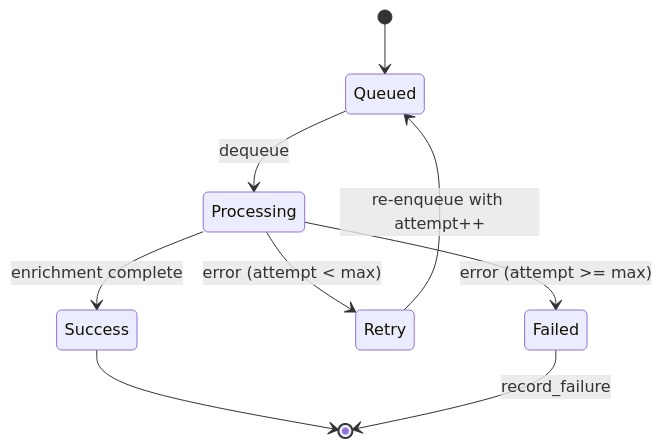
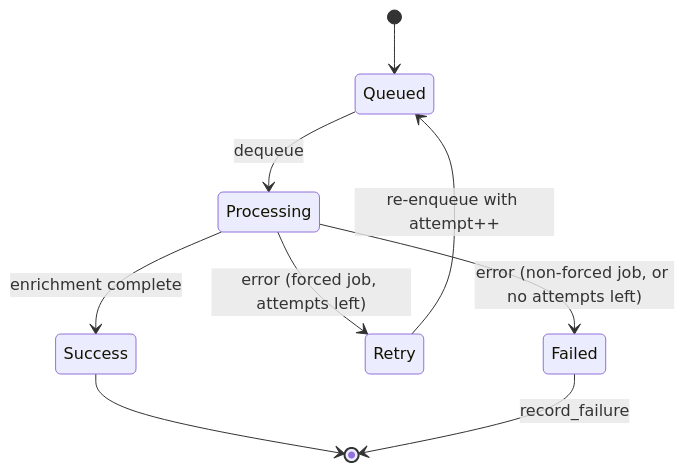
One commit to verygoodplugins/automem-website changed the second of 3 diagrams in src/content/docs/docs/architecture/enrichment.md. Above: the diagram before and after it, drawn with Mermaid. The commit also changed other lines of this file and 33 other files, not shown here.

````diff
--- a/src/content/docs/docs/architecture/enrichment.md
+++ b/src/content/docs/docs/architecture/enrichment.md
@@ -105,12 +107,12 @@
 ```mermaid
 stateDiagram-v2
     [*] --> Queued
     Queued --> Processing: dequeue
     Processing --> Success: enrichment complete
-    Processing --> Retry: error (attempt < max)
-    Processing --> Failed: error (attempt >= max)
+    Processing --> Retry: error (forced job, attempts left)
+    Processing --> Failed: error (non-forced job, or no attempts left)
 
     Retry --> Queued: re-enqueue with attempt++
     Success --> [*]
     Failed --> [*]: record_failure
 ```
````
